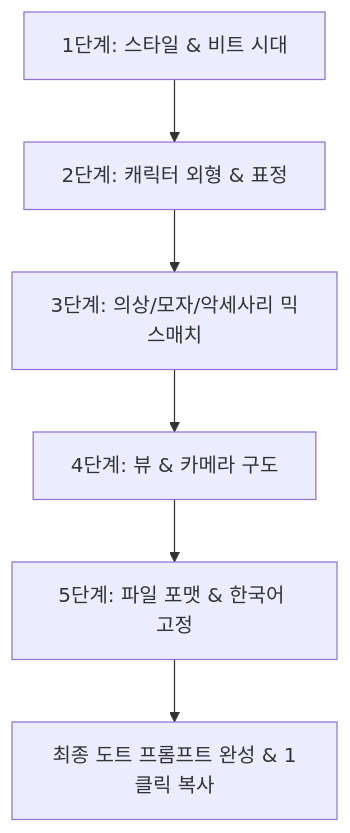
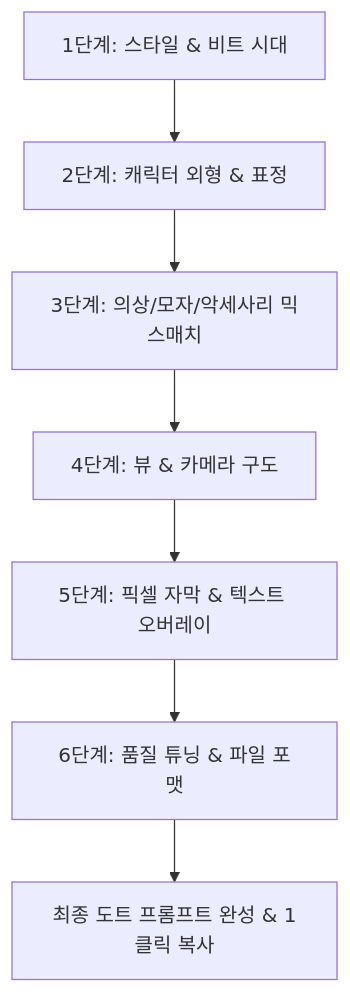
Before and after one commit to PEANUTBUTTER1001/pixel-prompt-ptudio: the diagram in README.md, drawn with Mermaid. The commit also changed other lines of this file and 1 other file, not shown here.

Commit message:
feat: 원본 1:1 엄격 제한 & 비율·배경 보존 및 픽셀 자막 오버레이 시스템 구축 (6단계 파이프라인)

````diff
--- a/README.md
+++ b/README.md
@@ -84,8 +102,9 @@
 ```mermaid
 graph TD
     A[1단계: 스타일 & 비트 시대] --> B[2단계: 캐릭터 외형 & 표정]
     B --> C[3단계: 의상/모자/악세사리 믹스매치]
     C --> D[4단계: 뷰 & 카메라 구도]
-    D --> E[5단계: 파일 포맷 & 한국어 고정]
-    E --> F[최종 도트 프롬프트 완성 & 1클릭 복사]
+    D --> E[5단계: 픽셀 자막 & 텍스트 오버레이]
+    E --> F[6단계: 품질 튜닝 & 파일 포맷]
+    F --> G[최종 도트 프롬프트 완성 & 1클릭 복사]
 ```
````
